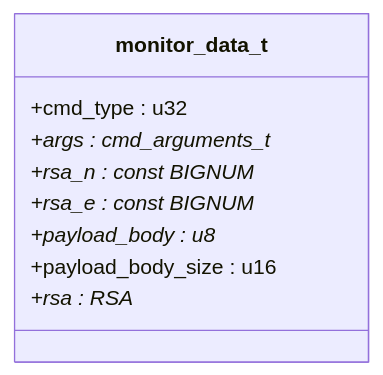
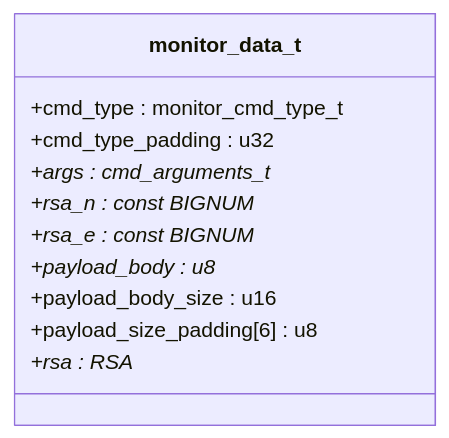
The ninth of 10 diagrams in docs/backdoor_functionality.md (vanbako/xzre-ghidra), drawn with Mermaid before and after one commit. The commit also changed other lines of this file and 5 other files, not shown here.

````diff
--- a/docs/backdoor_functionality.md
+++ b/docs/backdoor_functionality.md
@@ -248,12 +248,14 @@
 ```mermaid
 classDiagram
     class monitor_data_t {
-        +cmd_type : u32
+        +cmd_type : monitor_cmd_type_t
+        +cmd_type_padding : u32
         +args : cmd_arguments_t *
         +rsa_n : const BIGNUM *
         +rsa_e : const BIGNUM *
         +payload_body : u8 *
         +payload_body_size : u16
+        +payload_size_padding[6] : u8
         +rsa : RSA *
     }
 ```
````
